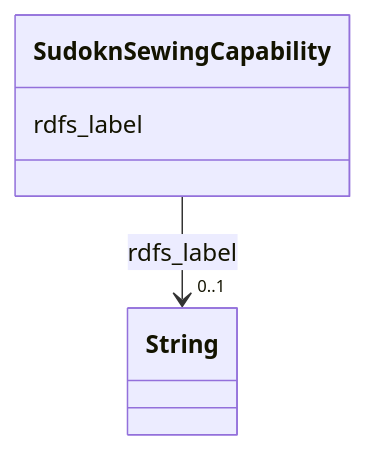
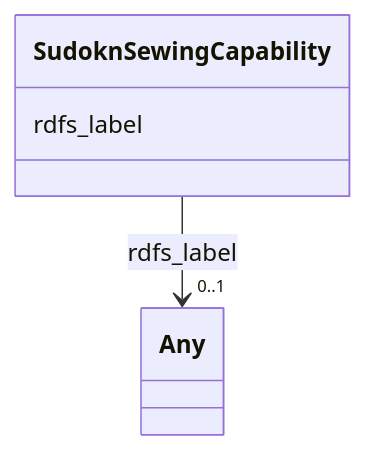
The diagram in sudokn-kg/classes/SudoknSewingCapability.md (frink-okn/graph-descriptions), drawn with Mermaid before and after one commit. The commit also changed other lines of this file and 903 other files, not shown here.

````diff
--- a/sudokn-kg/classes/SudoknSewingCapability.md
+++ b/sudokn-kg/classes/SudoknSewingCapability.md
@@ -23,15 +18,15 @@
 ```mermaid
  classDiagram
     class SudoknSewingCapability
     click SudoknSewingCapability href "../SudoknSewingCapability"
       SudoknSewingCapability : rdfs_label
         
           
     
     
-    SudoknSewingCapability --> "0..1" String : rdfs_label
-    click String href "../String"
+    SudoknSewingCapability --> "0..1" Any : rdfs_label
+    click Any href "../Any"
 
         
       
 ```
````
